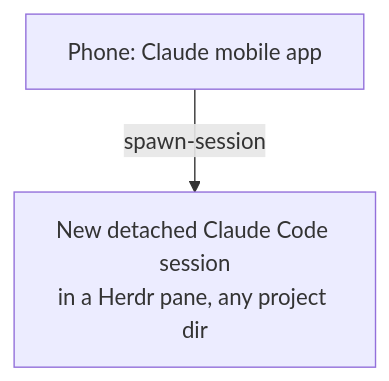
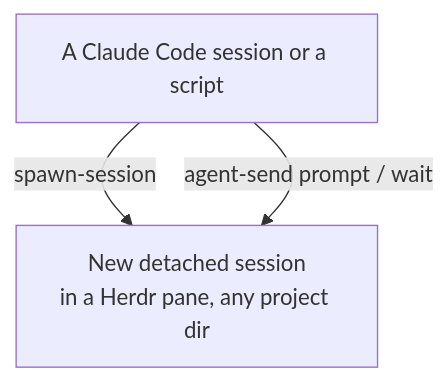
One commit to shimo4228/herdr-toolkit changed the diagram in README.md. Above: the diagram before and after it, drawn with Mermaid. The commit also changed other lines of this file and 9 other files, not shown here.

First line of the commit message:
release: 2.1.0 — agent-send を追加し、spawn-session を Herdr pane への起動と最初の指示に広げる

````diff
--- a/README.md
+++ b/README.md
@@ -19,4 +20,5 @@
 ```mermaid
 flowchart TD
-    P[Phone: Claude mobile app] -->|spawn-session| S[New detached Claude Code session<br>in a Herdr pane, any project dir]
+    S[A Claude Code session or a script] -->|spawn-session| P[New detached session<br>in a Herdr pane, any project dir]
+    S -->|agent-send prompt / wait| P
 ```
````
